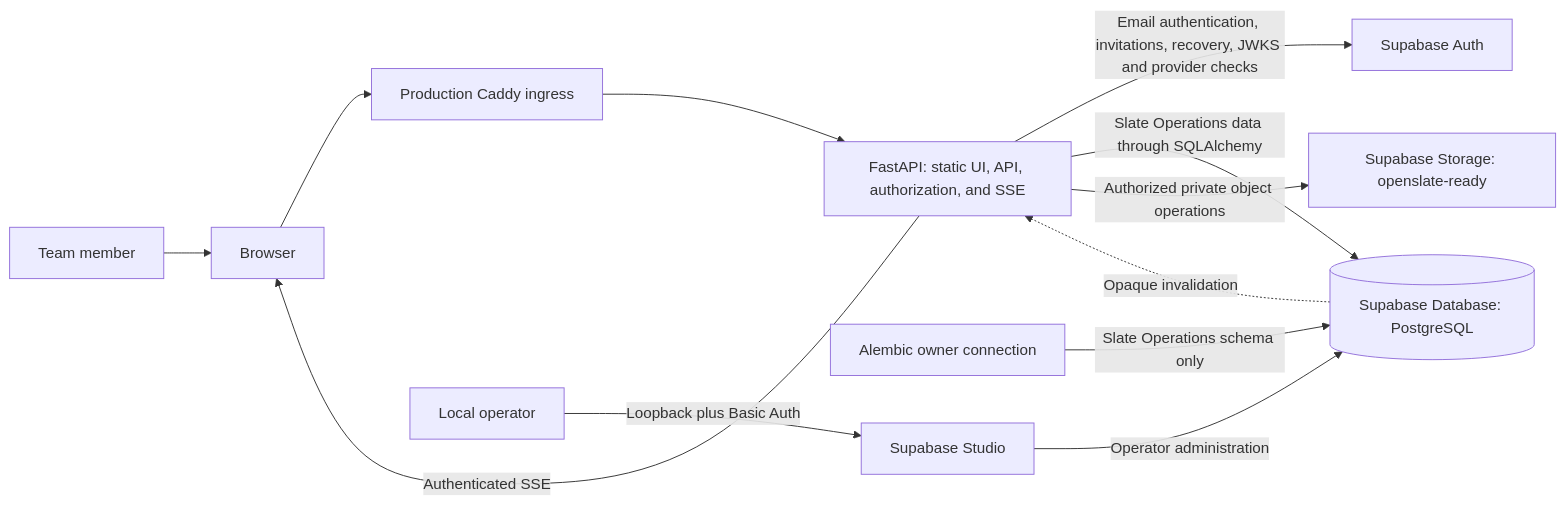
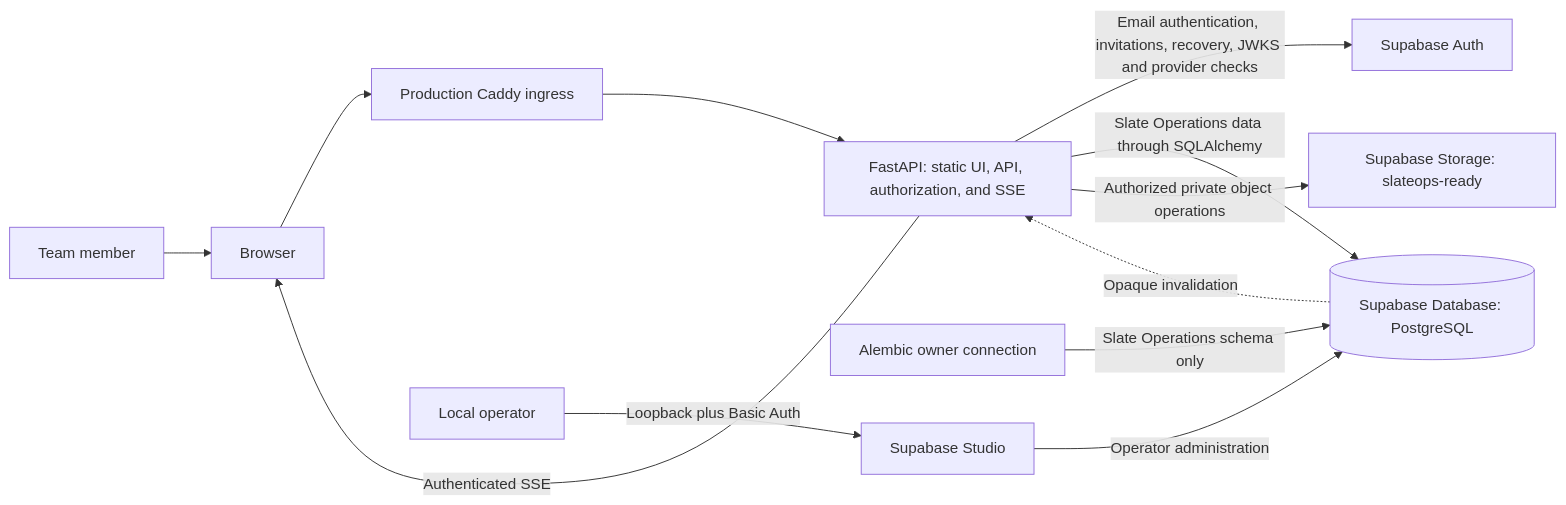
Before and after one commit to jayeuse/openslate: the diagram in docs/architecture/02-system-context.md, drawn with Mermaid. The commit also changed other lines of this file and 247 other files, not shown here.

````diff
--- a/docs/architecture/02-system-context.md
+++ b/docs/architecture/02-system-context.md
@@ -8,14 +8,14 @@
 ```mermaid
 flowchart LR
   User[Team member] --> Browser[Browser]
   Browser --> Caddy[Production Caddy ingress]
   Caddy --> API[FastAPI: static UI, API, authorization, and SSE]
   API -->|Email authentication, invitations, recovery, JWKS and provider checks| Auth[Supabase Auth]
   API -->|Slate Operations data through SQLAlchemy| DB[(Supabase Database: PostgreSQL)]
   Alembic[Alembic owner connection] -->|Slate Operations schema only| DB
-  API -->|Authorized private object operations| Storage[Supabase Storage: openslate-ready]
+  API -->|Authorized private object operations| Storage[Supabase Storage: slateops-ready]
   DB -. Opaque invalidation .-> API
   API -->|Authenticated SSE| Browser
   Operator[Local operator] -->|Loopback plus Basic Auth| Studio[Supabase Studio]
   Studio -->|Operator administration| DB
 ```
````
